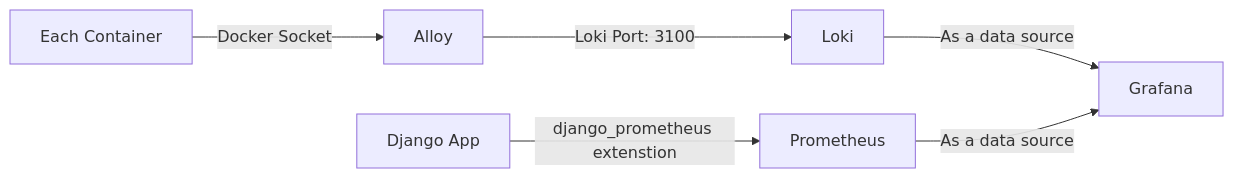
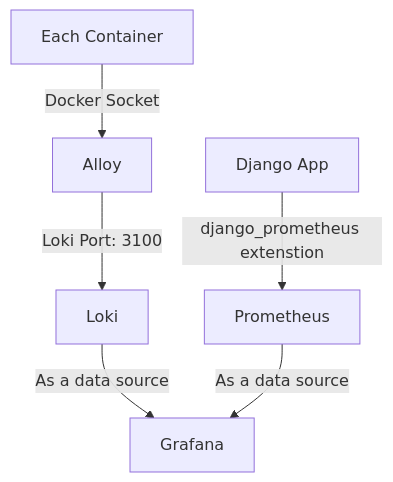
The diagram in help/Monitoring_Structure.md (gitFarzam/telrag), drawn with Mermaid before and after one commit. The commit also changed other lines of this file, not shown here.

Commit message:
fixing a minor type in readme file

````diff
--- a/help/Monitoring_Structure.md
+++ b/help/Monitoring_Structure.md
@@ -12,9 +12,8 @@
 ```mermaid
-flowchart LR
+flowchart TD
     CT[Each Container]-->|Docker Socket|AL[Alloy]
     AL-->|Loki Port: 3100|LK[Loki]
     LK-->|As a data source|GF[Grafana]
     DK[Django App]-->|django_prometheus extenstion|PM[Prometheus]
     PM-->|As a data source|GF
-
 ```
````
